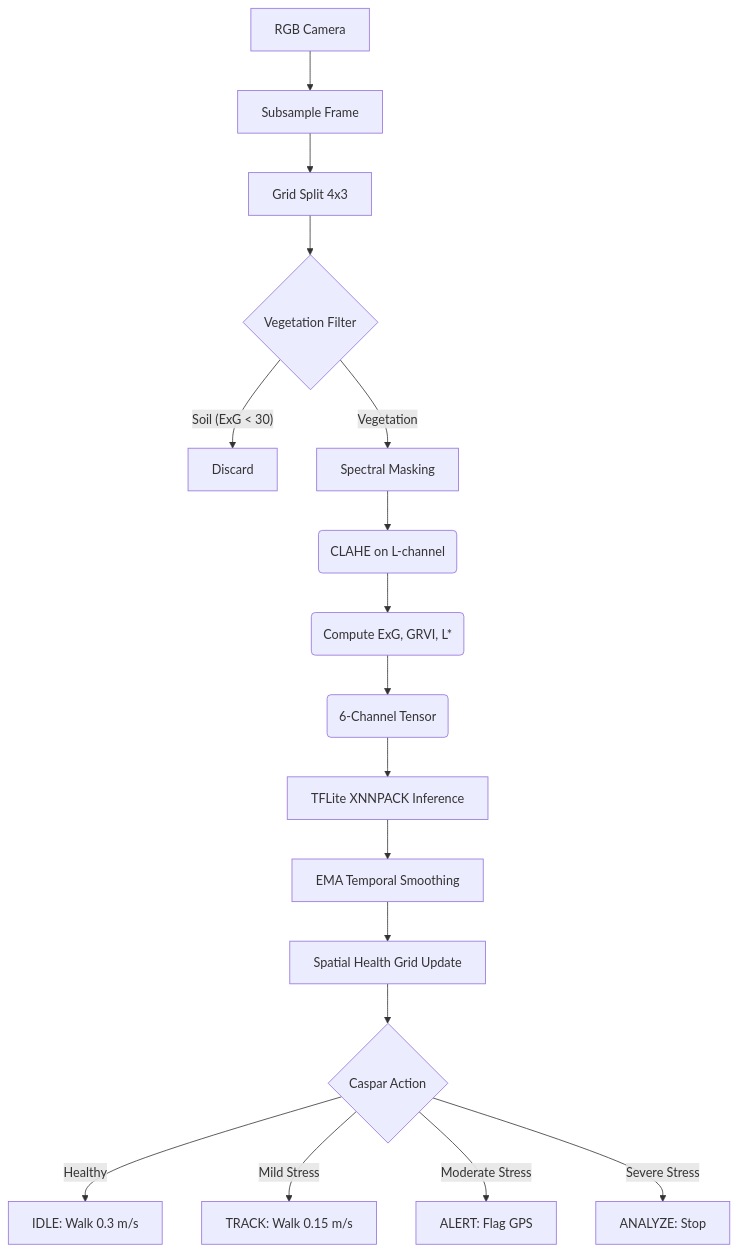
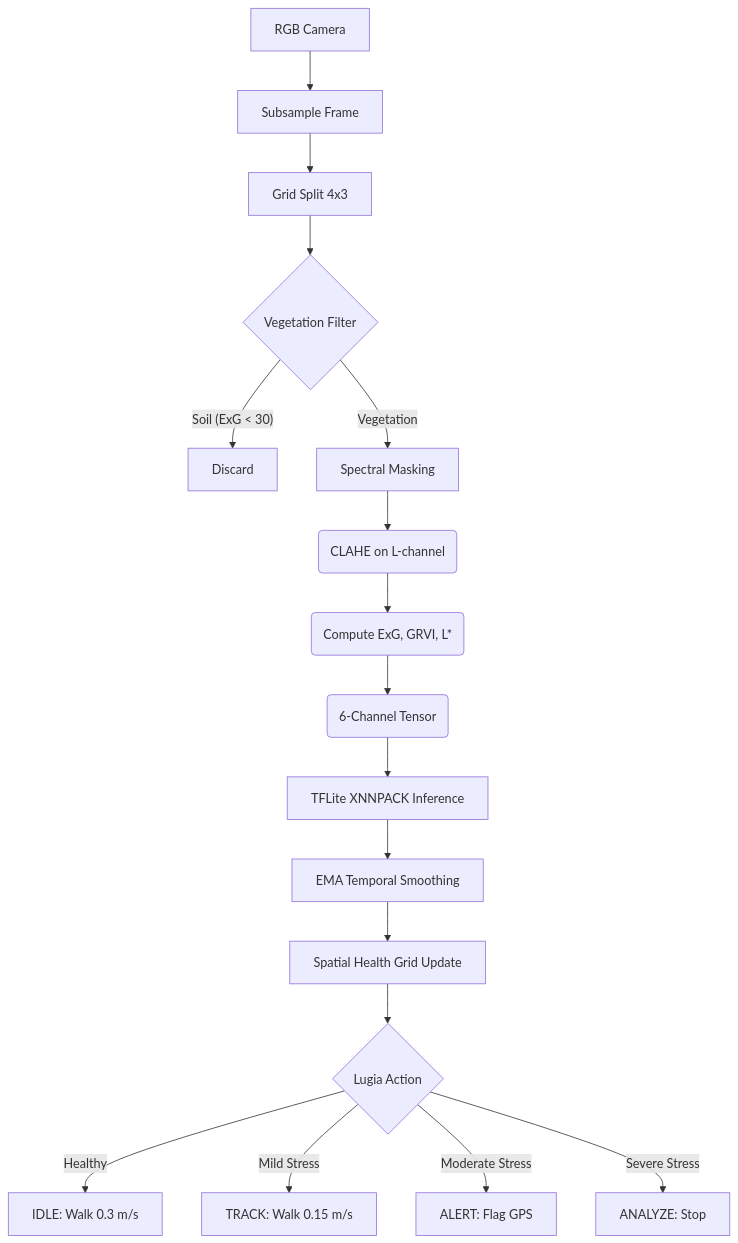
The second of 2 diagrams in HeatMAP/MLOPs-Production-PIPELINE/FLOW/MAGI_pipeline_flowcharts.md (Aki-alphon/MAGI-Development), drawn with Mermaid before and after one commit. The commit also changed other lines of this file and 124 other files, not shown here.

Commit message:
Refactor: MAGI Architecture v2 (Celebi/Gengar/Lugia renames, READMEs, bugfixes)

````diff
--- a/HeatMAP/MLOPs-Production-PIPELINE/FLOW/MAGI_pipeline_flowcharts.md
+++ b/HeatMAP/MLOPs-Production-PIPELINE/FLOW/MAGI_pipeline_flowcharts.md
@@ -46,23 +46,23 @@
 ```mermaid
 graph TD
     C[RGB Camera] --> S[Subsample Frame]
     S --> G[Grid Split 4x3]
     G --> V{Vegetation Filter}
     
     V -- Soil (ExG < 30) --> D[Discard]
     V -- Vegetation --> P[Spectral Masking]
     
     P --> P1(CLAHE on L-channel)
     P1 --> P2(Compute ExG, GRVI, L*)
     P2 --> P3(6-Channel Tensor)
     
     P3 --> M[TFLite XNNPACK Inference]
     M --> SM[EMA Temporal Smoothing]
     SM --> H[Spatial Health Grid Update]
     
-    H --> A{Caspar Action}
+    H --> A{Lugia Action}
     A -- Healthy --> A1[IDLE: Walk 0.3 m/s]
     A -- Mild Stress --> A2[TRACK: Walk 0.15 m/s]
     A -- Moderate Stress --> A3[ALERT: Flag GPS]
     A -- Severe Stress --> A4[ANALYZE: Stop]
 ```
````
